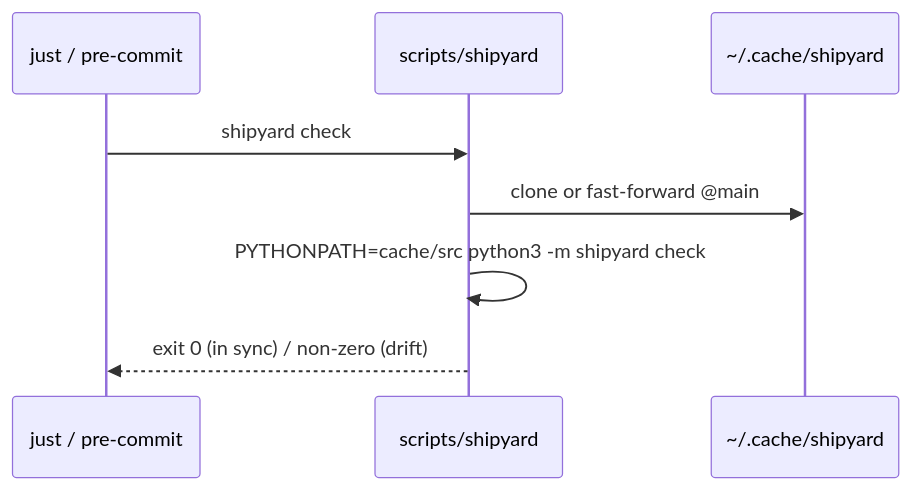
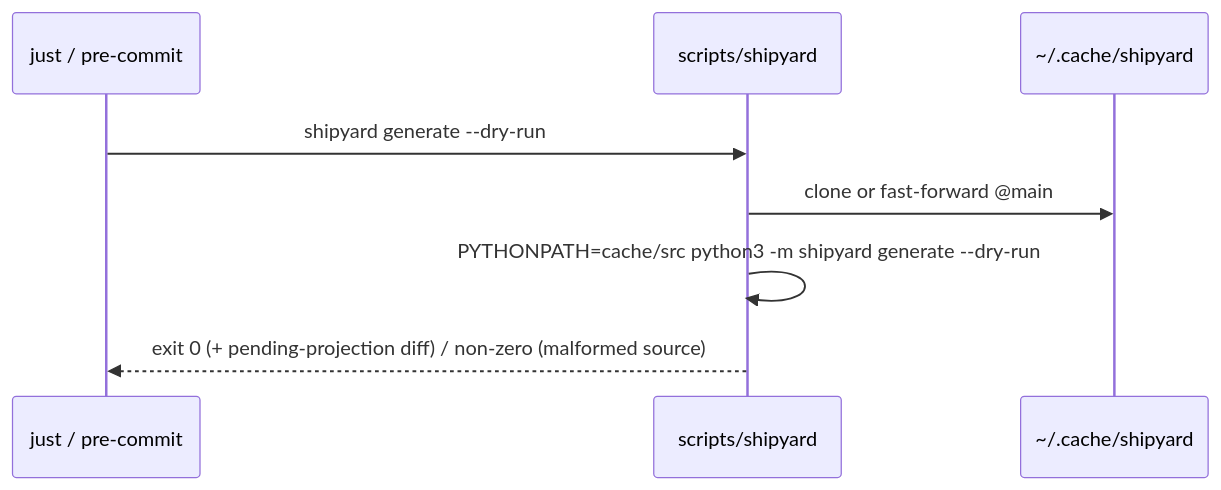
One commit to chris-peterson/shipyard changed the second of 3 diagrams in docs/how-it-works.md. Above: the diagram before and after it, drawn with Mermaid. The commit also changed other lines of this file and 13 other files, not shown here.

````diff
--- a/docs/how-it-works.md
+++ b/docs/how-it-works.md
@@ -38,11 +38,11 @@
 ```mermaid
 %%{ init: { 'look': 'handDrawn' } }%%
 sequenceDiagram
   participant J as just / pre-commit
   participant W as scripts/shipyard
   participant C as ~/.cache/shipyard
-  J->>W: shipyard check
+  J->>W: shipyard generate --dry-run
   W->>C: clone or fast-forward @main
-  W->>W: PYTHONPATH=cache/src python3 -m shipyard check
-  W-->>J: exit 0 (in sync) / non-zero (drift)
+  W->>W: PYTHONPATH=cache/src python3 -m shipyard generate --dry-run
+  W-->>J: exit 0 (+ pending-projection diff) / non-zero (malformed source)
 ```
````
